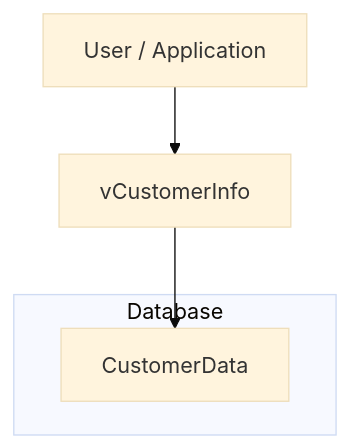
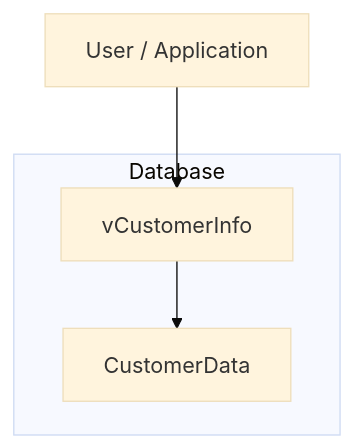
One commit to tjovic/database-design-labs-public changed the second of 4 diagrams in labs/lab01-views.md. Above: the diagram before and after it, drawn with Mermaid (base theme). The commit also changed other lines of this file, not shown here.

````diff
--- a/labs/lab01-views.md
+++ b/labs/lab01-views.md
@@ -439,12 +441,13 @@
 ```mermaid
 flowchart TD
     A[User / Application]
-    B[vCustomerInfo]
 
     subgraph DB[Database]
+        B[vCustomerInfo]
         C[CustomerData]
+
+        B --> C
     end
 
     A --> B
-    B --> C
 ```
````
